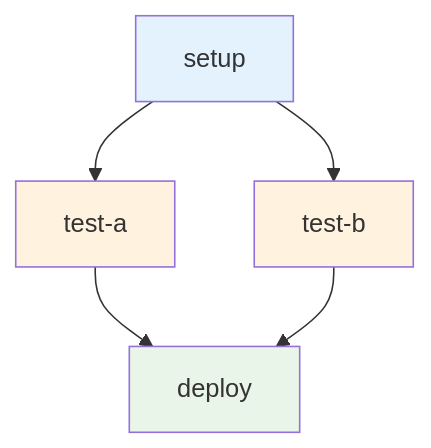
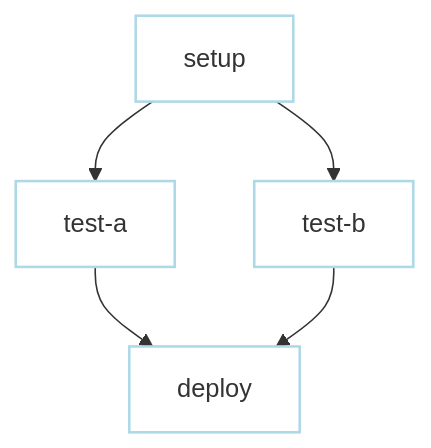
Before and after one commit to dagu-org/dagu: the third of 8 diagrams in docs-next/writing-workflows/examples/index.md, drawn with Mermaid. The commit also changed other lines of this file and 2 other files, not shown here.

````diff
--- a/docs-next/writing-workflows/examples/index.md
+++ b/docs-next/writing-workflows/examples/index.md
@@ -88,11 +90,11 @@
 ```mermaid
 graph TD
     A[setup] --> B[test-a]
     A --> C[test-b]
     B --> D[deploy]
     C --> D
-    style A fill:#e3f2fd
-    style B fill:#fff3e0
-    style C fill:#fff3e0
-    style D fill:#e8f5e8
+    style A fill:white,stroke:lightblue,stroke-width:1.6px
+    style B fill:white,stroke:lightblue,stroke-width:1.6px
+    style C fill:white,stroke:lightblue,stroke-width:1.6px
+    style D fill:white,stroke:lightblue,stroke-width:1.6px
 ```
````
